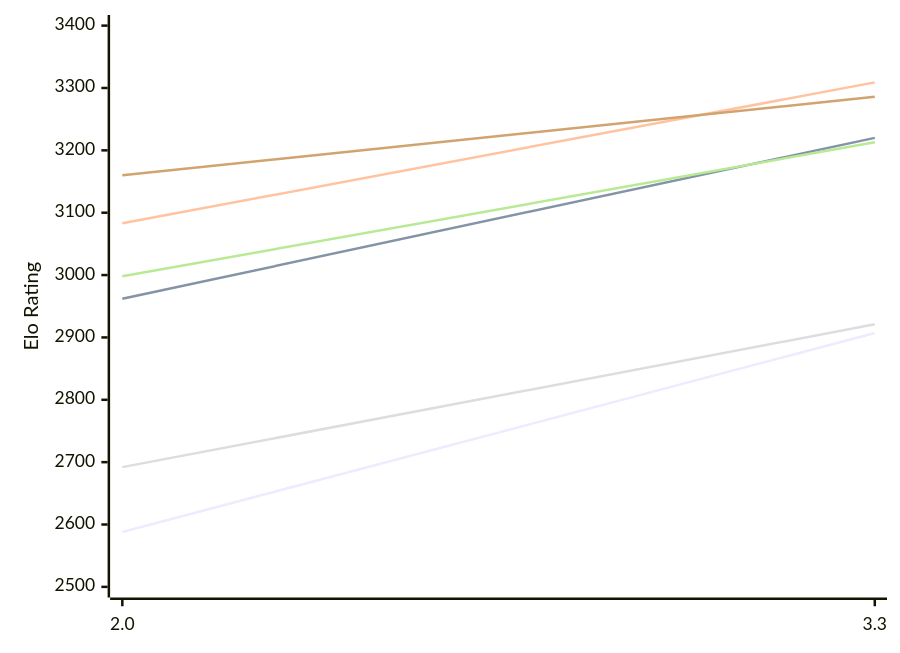
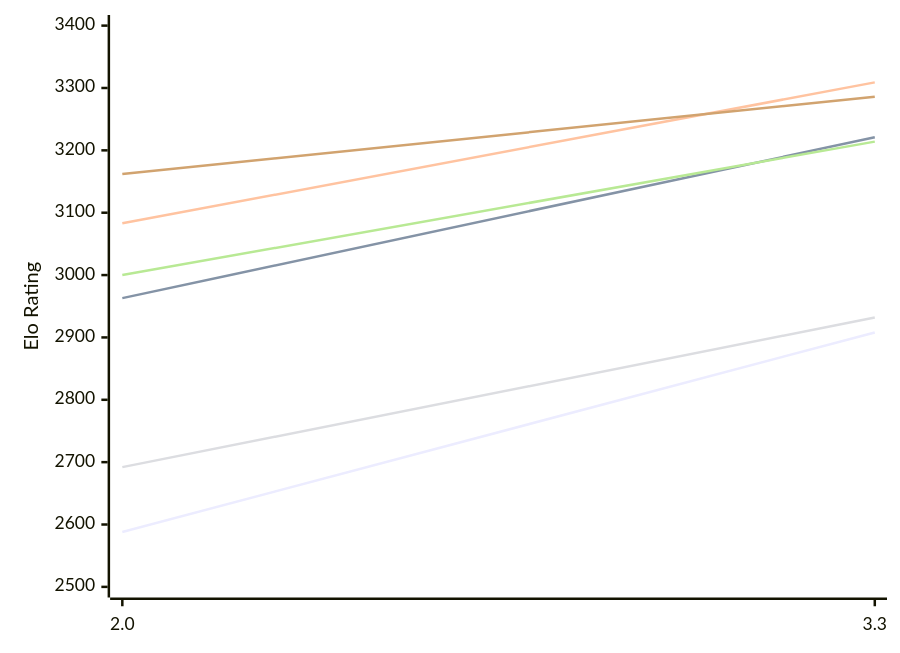
One commit to computer-chess-index/cci changed the first of 2 diagrams in engines/Ceylondemon.md. Above: the diagram before and after it, drawn with Mermaid. The commit also changed other lines of this file, not shown here.

Commit message:
Update CCI Ratings (ELO VLTC) - 2026-11-27

````diff
--- a/engines/Ceylondemon.md
+++ b/engines/Ceylondemon.md
@@ -50,12 +50,12 @@
 ```mermaid
 %%{init: {"theme":"base","themeVariables":{"seriesColors:['#a3a3a3','#222221','#faa371']}}}%%
 xychart-beta
   x-axis ["2.0", "3.3"]
   y-axis "Elo Rating" 2500 --> 3400
-  line "E1: STC (8.0+0.08s)" [2588, 2907]
-  line "E1: LTC (60.0+0.60s)" [2962, 3220]
+  line "E1: STC (8.0+0.08s)" [2588, 2908]
+  line "E1: LTC (60.0+0.60s)" [2963, 3221]
   line "E1: VLTC (2m24s+1.12s)" [3083, 3309]
-  line "P1: STC (8.0+0.08s)" [2692, 2921]
-  line "P1: LTC (60.0+0.60s)" [2998, 3213]
-  line "P1: VLTC (2m24s+1.12s)" [3160, 3286]
+  line "P1: STC (8.0+0.08s)" [2692, 2932]
+  line "P1: LTC (60.0+0.60s)" [3000, 3214]
+  line "P1: VLTC (2m24s+1.12s)" [3162, 3286]
 ```
````
